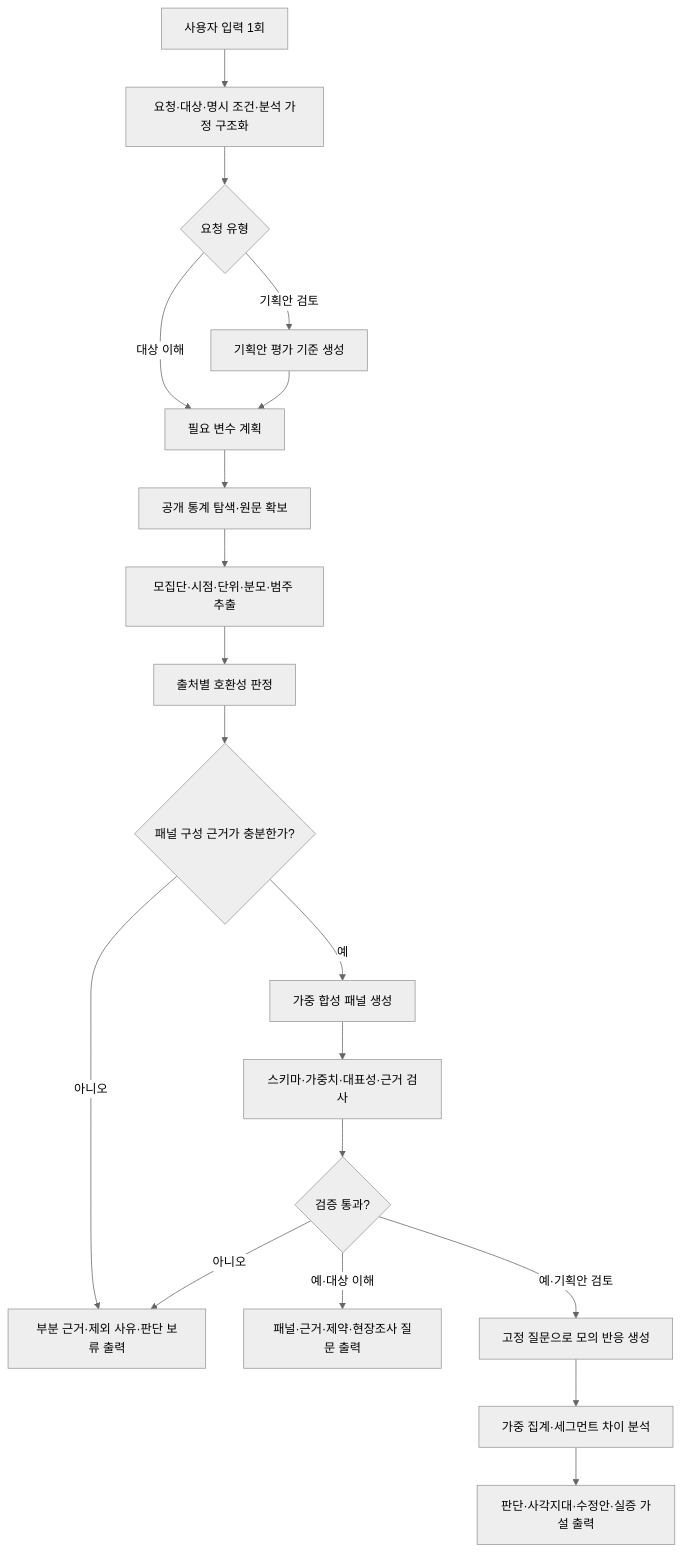
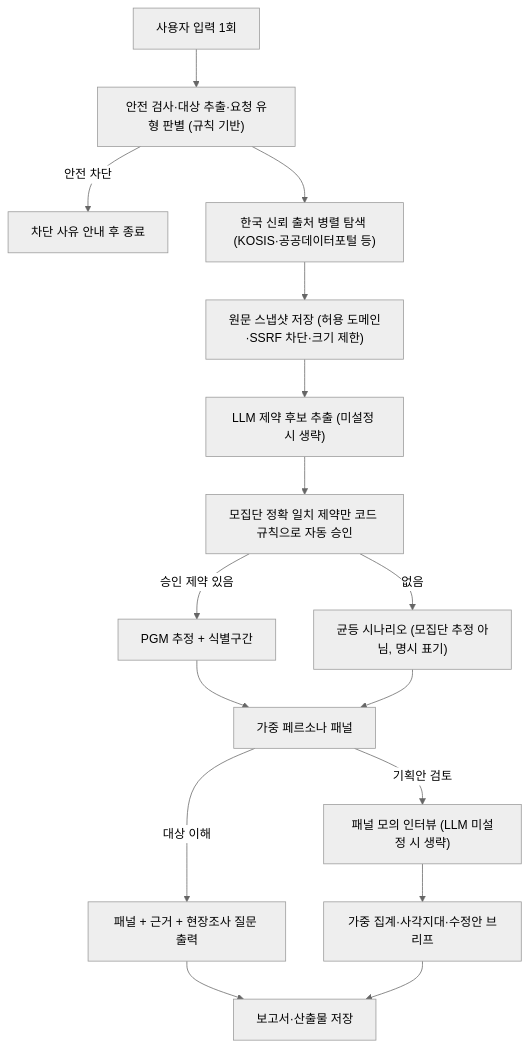
Before and after one commit to ljh8450/Agent24: the diagram in README.md, drawn with Mermaid (neutral theme). The commit also changed other lines of this file, not shown here.

````diff
--- a/README.md
+++ b/README.md
@@ -43,24 +41,18 @@
 ```mermaid
 flowchart TD
-  A["사용자 입력 1회"] --> B["요청·대상·명시 조건·분석 가정 구조화"]
-  B --> C{"요청 유형"}
-  C -- "대상 이해" --> D["필요 변수 계획"]
-  C -- "기획안 검토" --> E["기획안 평가 기준 생성"]
-  E --> D
-
-  D --> F["공개 통계 탐색·원문 확보"]
-  F --> G["모집단·시점·단위·분모·범주 추출"]
-  G --> H["출처별 호환성 판정"]
-  H --> I{"패널 구성 근거가 충분한가?"}
-
-  I -- "아니오" --> X["부분 근거·제외 사유·판단 보류 출력"]
-  I -- "예" --> J["가중 합성 패널 생성"]
-  J --> K["스키마·가중치·대표성·근거 검사"]
-  K --> L{"검증 통과?"}
-
-  L -- "아니오" --> X
-  L -- "예·대상 이해" --> M["패널·근거·제약·현장조사 질문 출력"]
-  L -- "예·기획안 검토" --> N["고정 질문으로 모의 반응 생성"]
-  N --> O["가중 집계·세그먼트 차이 분석"]
-  O --> P["판단·사각지대·수정안·실증 가설 출력"]
+  A["사용자 입력 1회"] --> B["안전 검사·대상 추출·요청 유형 판별 (규칙 기반)"]
+  B -- "안전 차단" --> Z["차단 사유 안내 후 종료"]
+  B --> C["한국 신뢰 출처 병렬 탐색 (KOSIS·공공데이터포털 등)"]
+  C --> D["원문 스냅샷 저장 (허용 도메인·SSRF 차단·크기 제한)"]
+  D --> E["LLM 제약 후보 추출 (미설정 시 생략)"]
+  E --> F["모집단 정확 일치 제약만 코드 규칙으로 자동 승인"]
+  F -- "승인 제약 있음" --> G["PGM 추정 + 식별구간"]
+  F -- "없음" --> H["균등 시나리오 (모집단 추정 아님, 명시 표기)"]
+  G --> I["가중 페르소나 패널"]
+  H --> I
+  I -- "대상 이해" --> J["패널 + 근거 + 현장조사 질문 출력"]
+  I -- "기획안 검토" --> K["패널 모의 인터뷰 (LLM 미설정 시 생략)"]
+  K --> L["가중 집계·사각지대·수정안 브리프"]
+  J --> M["보고서·산출물 저장"]
+  L --> M
 ```
````
